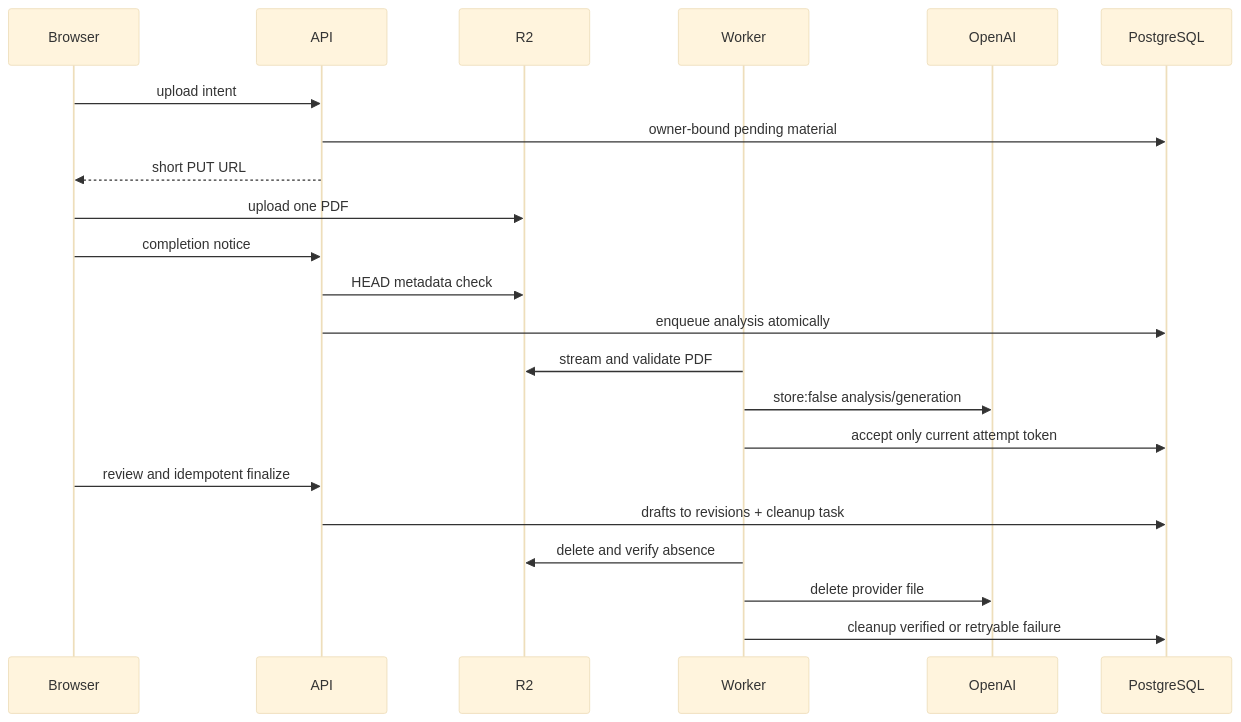
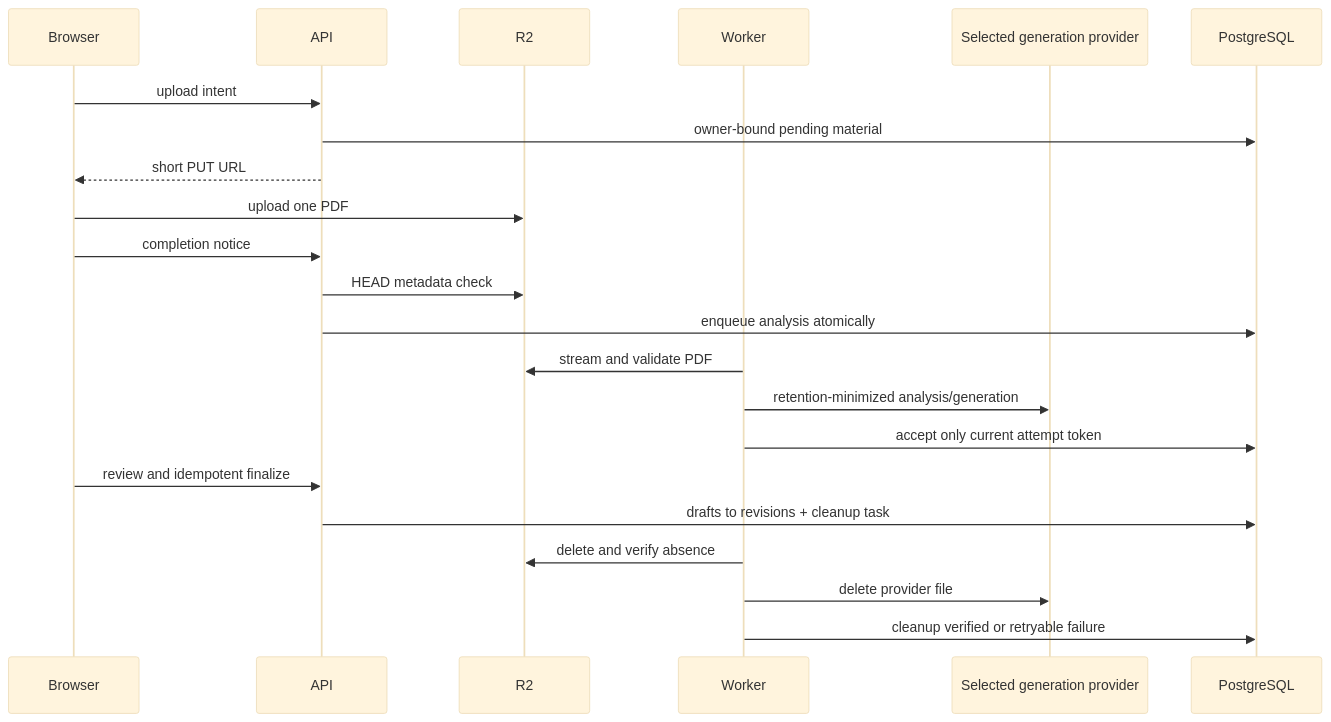
The third of 7 diagrams in docs/plans/2026-09-09-0037-feat-amuq-mvp-requirements-plan.md (sysysysyb/AMUQ), drawn with Mermaid (base theme) before and after one commit. The commit also changed other lines of this file and 1 other file, not shown here.

````diff
--- a/docs/plans/2026-09-09-0037-feat-amuq-mvp-requirements-plan.md
+++ b/docs/plans/2026-09-09-0037-feat-amuq-mvp-requirements-plan.md
@@ -365,24 +372,24 @@
 ```mermaid
 sequenceDiagram
   participant B as Browser
   participant A as API
   participant R as R2
   participant Q as Worker
-  participant O as OpenAI
+  participant O as Selected generation provider
   participant D as PostgreSQL
   B->>A: upload intent
   A->>D: owner-bound pending material
   A-->>B: short PUT URL
   B->>R: upload one PDF
   B->>A: completion notice
   A->>R: HEAD metadata check
   A->>D: enqueue analysis atomically
   Q->>R: stream and validate PDF
-  Q->>O: store:false analysis/generation
+  Q->>O: retention-minimized analysis/generation
   Q->>D: accept only current attempt token
   B->>A: review and idempotent finalize
   A->>D: drafts to revisions + cleanup task
   Q->>R: delete and verify absence
   Q->>O: delete provider file
   Q->>D: cleanup verified or retryable failure
 ```
````
